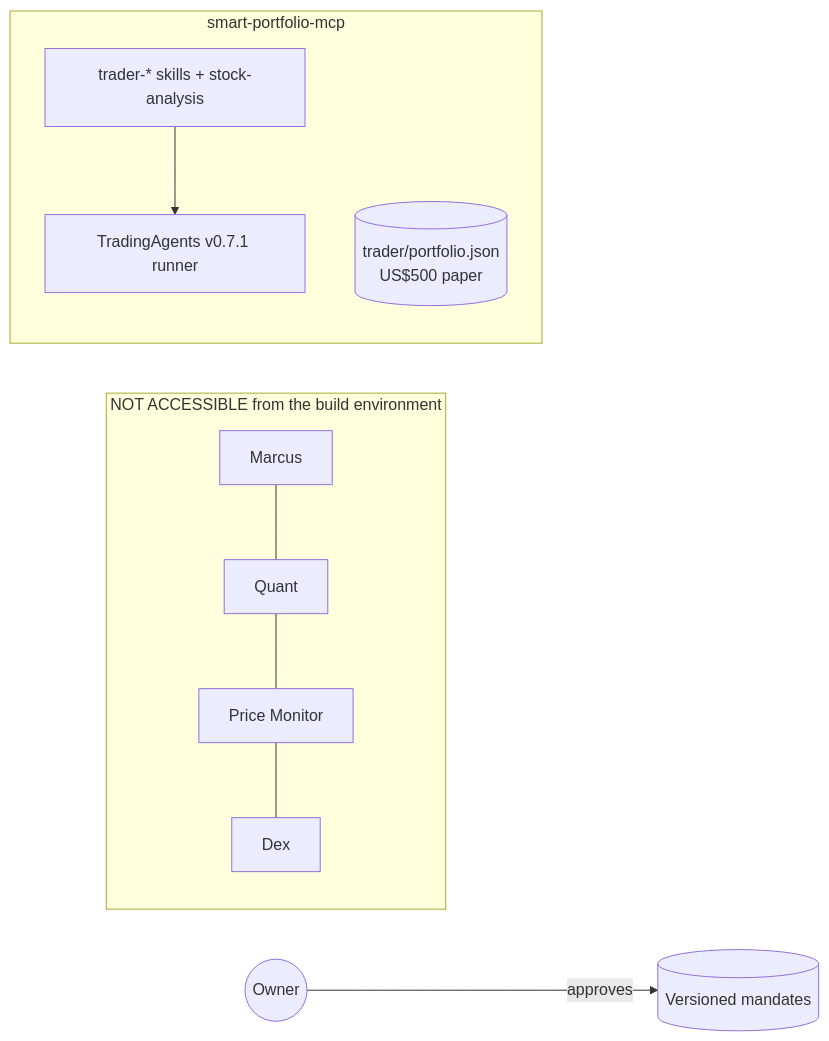
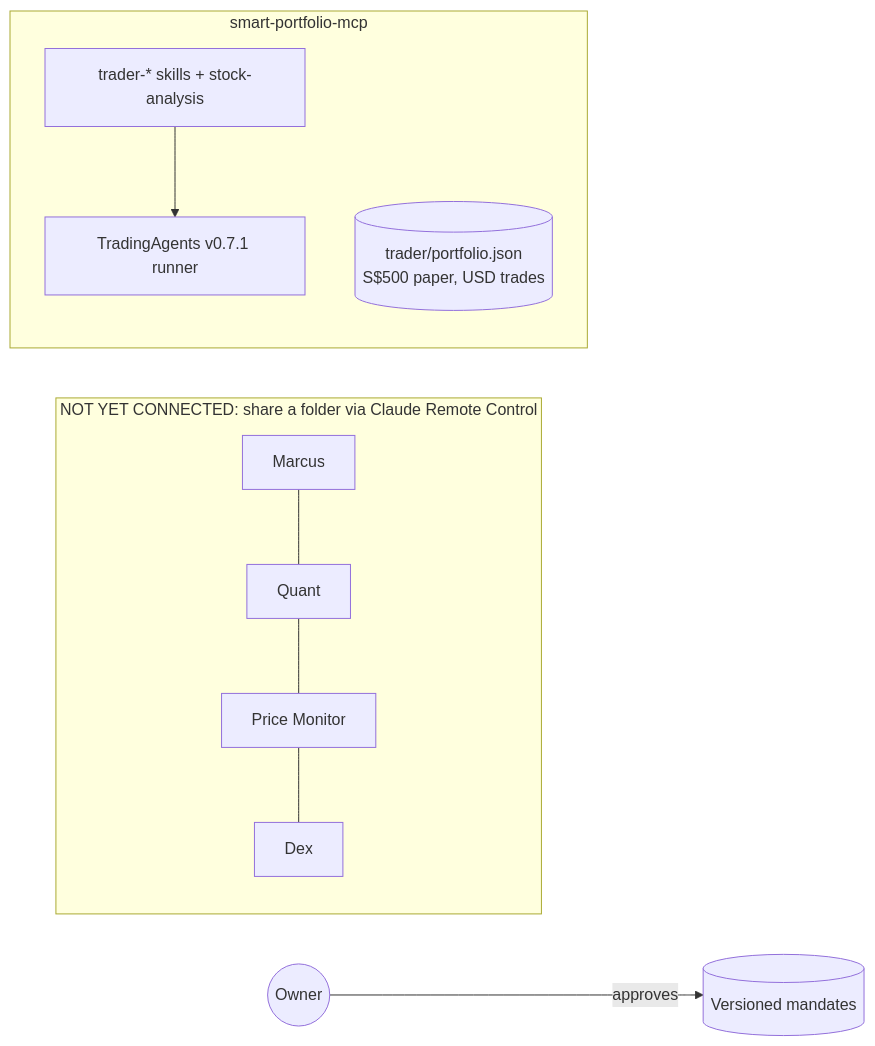
One commit to eddiepiper/smart-portfolio-mcp changed the first of 2 diagrams in docs/marcus_v2/architecture.md. Above: the diagram before and after it, drawn with Mermaid. The commit also changed other lines of this file and 18 other files, not shown here.

````diff
--- a/docs/marcus_v2/architecture.md
+++ b/docs/marcus_v2/architecture.md
@@ -5,11 +5,11 @@
 ```mermaid
 flowchart LR
   Owner((Owner)) -->|approves| Mandates[(Versioned mandates)]
-  subgraph Mac mini / Grok  [NOT ACCESSIBLE from the build environment]
+  subgraph Mac mini  [NOT YET CONNECTED: share a folder via Claude Remote Control]
     MarcusG[Marcus] --- QuantG[Quant] --- PMG[Price Monitor] --- DexG[Dex]
   end
   subgraph smart-portfolio-mcp
     Skills[trader-* skills + stock-analysis] --> TA[TradingAgents v0.7.1 runner]
-    Legacy[(trader/portfolio.json<br/>US$500 paper)]
+    Legacy[(trader/portfolio.json<br/>S$500 paper, USD trades)]
   end
 ```
````
